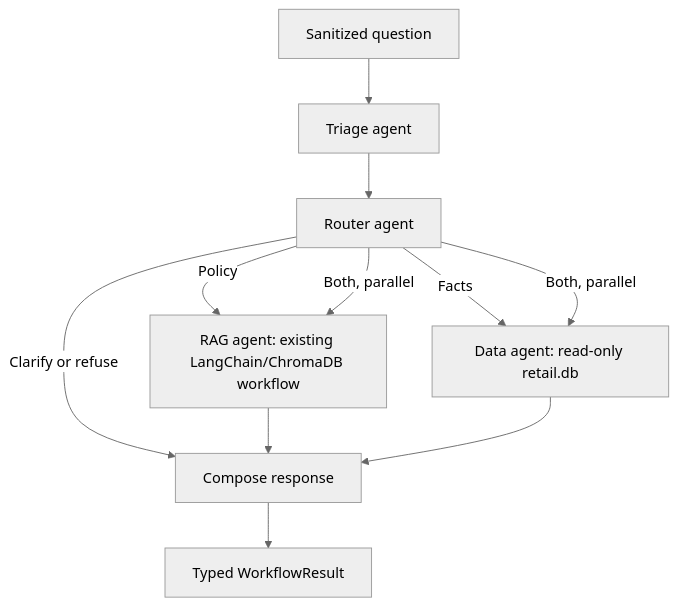
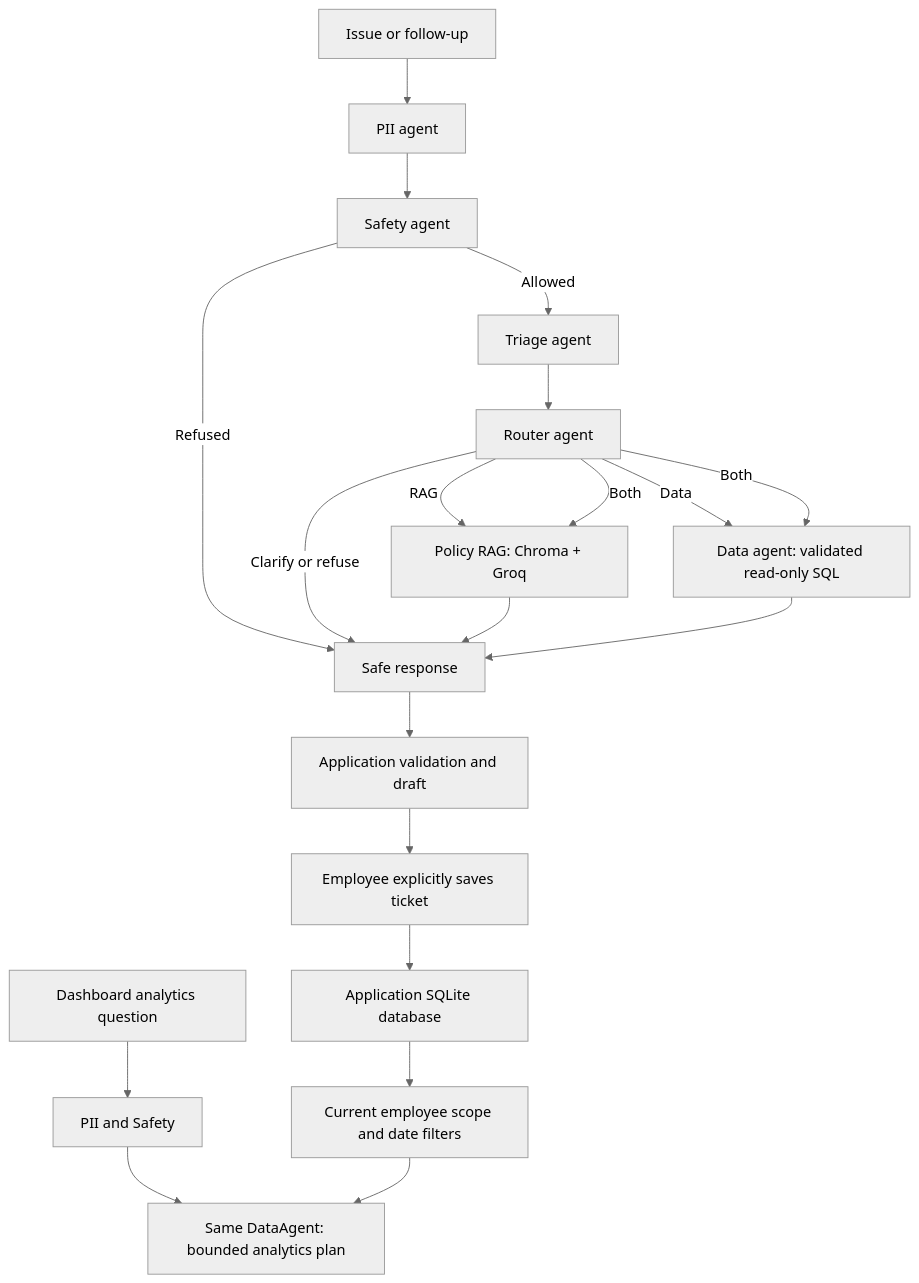
One commit to kush-8/storepilot changed the diagram in backend/app/agents/workflow/README.md. Above: the diagram before and after it, drawn with Mermaid (neutral theme). The commit also changed other lines of this file and 63 other files, not shown here.

Commit message:
agent workflow

````diff
--- a/backend/app/agents/workflow/README.md
+++ b/backend/app/agents/workflow/README.md
@@ -8,13 +6,22 @@
 ```mermaid
 flowchart TD
-    S[Sanitized question] --> T[Triage agent]
+    Q[Issue or follow-up] --> P[PII agent]
+    P --> S[Safety agent]
+    S -->|Allowed| T[Triage agent]
+    S -->|Refused| C[Safe response]
     T --> R[Router agent]
-    R -->|Policy| P[RAG agent: existing LangChain/ChromaDB workflow]
-    R -->|Facts| D[Data agent: read-only retail.db]
-    R -->|Both, parallel| P
-    R -->|Both, parallel| D
-    R -->|Clarify or refuse| C[Compose response]
-    P --> C
+    R -->|RAG| G[Policy RAG: Chroma + Groq]
+    R -->|Data| D[Data agent: validated read-only SQL]
+    R -->|Both| G
+    R -->|Both| D
+    R -->|Clarify or refuse| C
+    G --> C
     D --> C
-    C --> E[Typed WorkflowResult]
+    C --> V[Application validation and draft]
+    V --> U[Employee explicitly saves ticket]
+    U --> DB[Application SQLite database]
+    A[Dashboard analytics question] --> P2[PII and Safety]
+    P2 --> D2[Same DataAgent: bounded analytics plan]
+    DB --> F[Current employee scope and date filters]
+    F --> D2
 ```
````
